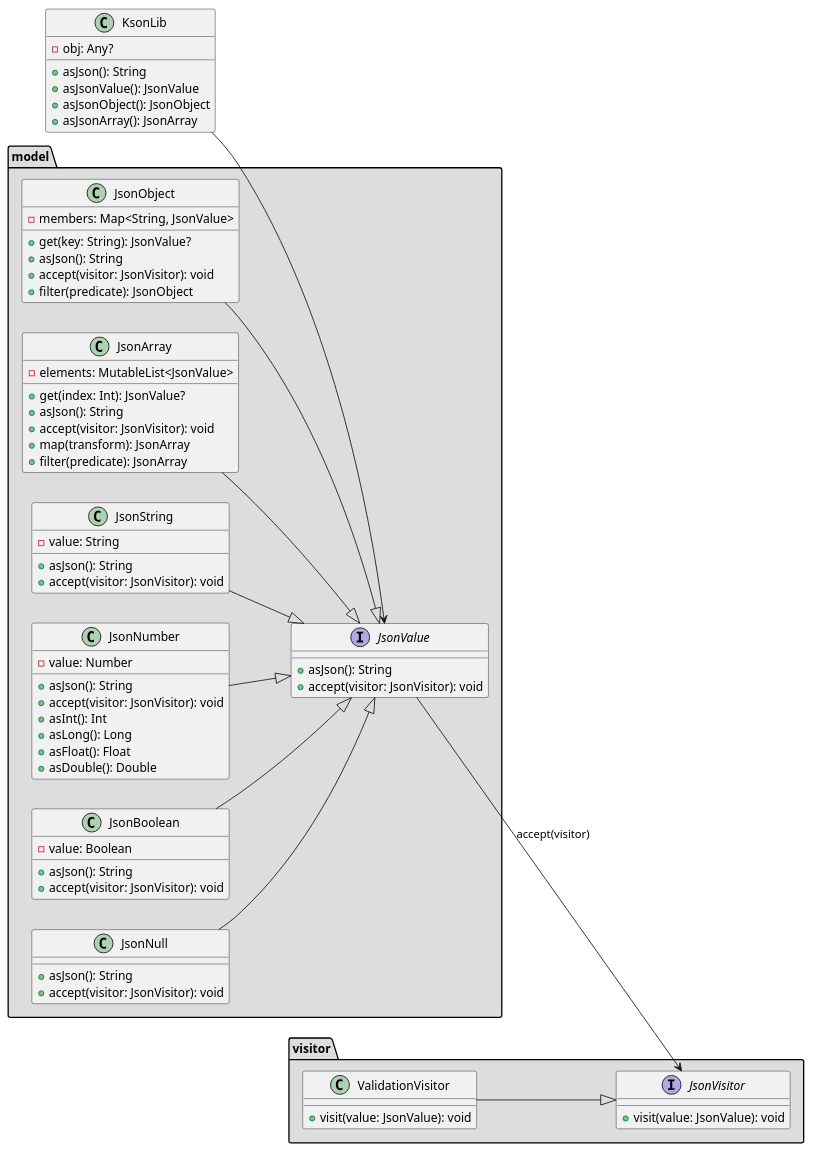
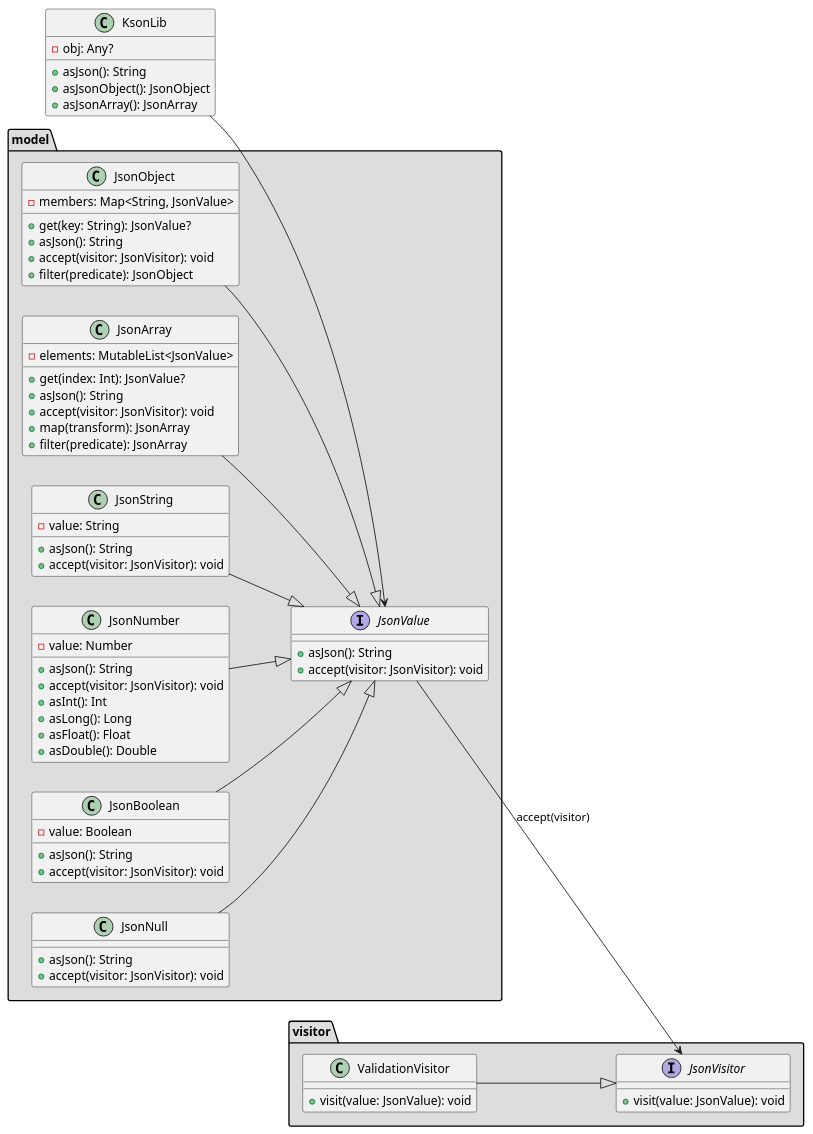
The diagram in src/main/kotlin/class_diagram.puml (marcosduchinski/ksonlib), drawn with PlantUML before and after one commit. The commit also changed 1 other file, not shown here.

Commit message:
remove toJsonValue

```diff
--- a/src/main/kotlin/class_diagram.puml
+++ b/src/main/kotlin/class_diagram.puml
@@ -1,105 +1,104 @@
 @startuml
 
 ' ============================================================
 '      https://plantuml.com/class-diagram
 ' ============================================================
 left to right direction
 
 package "model" #DDDDDD {
 
   interface JsonValue {
         +asJson(): String
         +accept(visitor: JsonVisitor): void
     }
 
     ' ============================================================
     '                JsonValue Implementations
     ' ============================================================
     class JsonObject {
         -members: Map<String, JsonValue>
         +get(key: String): JsonValue?
         +asJson(): String
         +accept(visitor: JsonVisitor): void
         +filter(predicate): JsonObject
     }
 
     class JsonArray {
         -elements: MutableList<JsonValue>
         +get(index: Int): JsonValue?
         +asJson(): String
         +accept(visitor: JsonVisitor): void
         +map(transform): JsonArray
         +filter(predicate): JsonArray
     }
 
     class JsonString {
         -value: String
         +asJson(): String
         +accept(visitor: JsonVisitor): void
     }
 
     class JsonNumber {
         -value: Number
         +asJson(): String
         +accept(visitor: JsonVisitor): void
         +asInt(): Int
         +asLong(): Long
         +asFloat(): Float
         +asDouble(): Double
     }
 
     class JsonBoolean {
         -value: Boolean
         +asJson(): String
         +accept(visitor: JsonVisitor): void
     }
 
     class JsonNull {
         +asJson(): String
         +accept(visitor: JsonVisitor): void
     }
 
 }
 package visitor #DDDDDD {
 
     interface JsonVisitor {
         +visit(value: JsonValue): void
     }
     ' ============================================================
     '             Visitor Implementation
     ' ============================================================
     class ValidationVisitor {
         +visit(value: JsonValue): void
     }
 }
 
 ' ============================================================
 '              Main Class
 ' ============================================================
 
 class KsonLib {
     -obj: Any?
     +asJson(): String
-    +asJsonValue(): JsonValue
     +asJsonObject(): JsonObject
     +asJsonArray(): JsonArray
 }
 
 ' ============================================================
 '                        Relationships
 ' ============================================================
 
 JsonObject     --|> JsonValue
 JsonArray      --|> JsonValue
 JsonString     --|> JsonValue
 JsonNumber     --|> JsonValue
 JsonBoolean    --|> JsonValue
 JsonNull       --|> JsonValue
 
 ValidationVisitor --|> JsonVisitor
 
 JsonValue --> JsonVisitor : accept(visitor)
 
 KsonLib --> JsonValue
 
 @enduml
```
